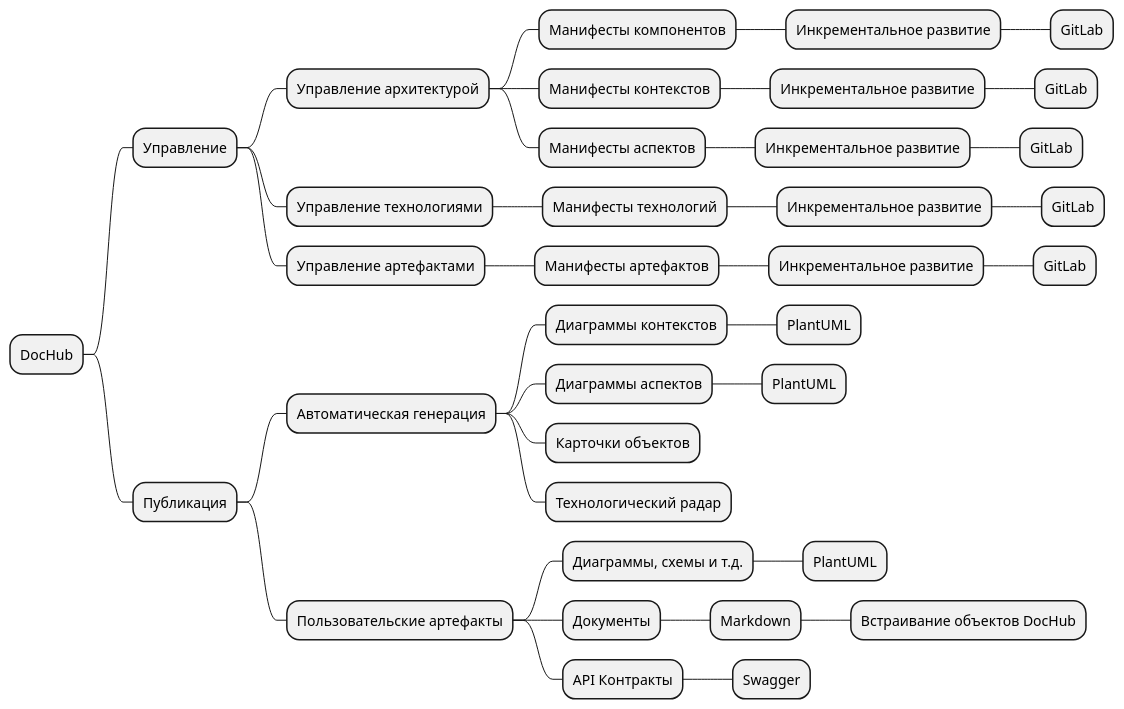
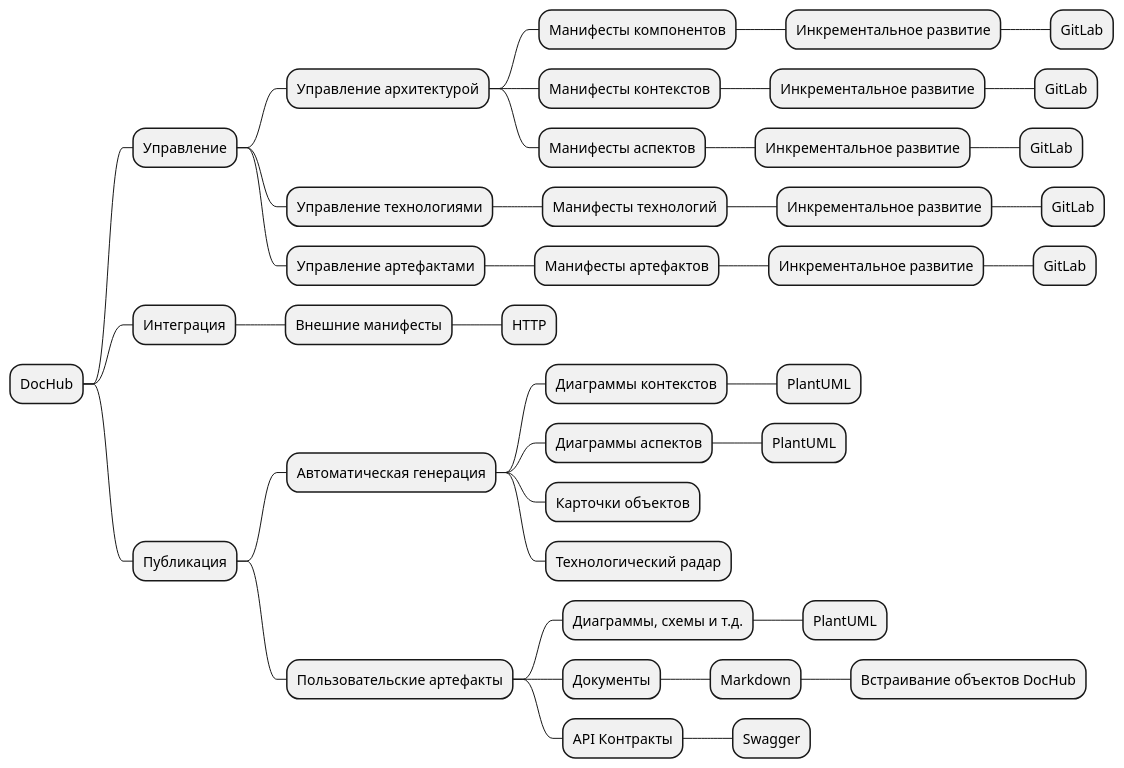
One commit to ypolosov/DocHub changed the diagram in public/docs/conception/mindmap.puml. Above: the diagram before and after it, drawn with PlantUML.

Commit message:
Развитие концепции

```diff
--- a/public/docs/conception/mindmap.puml
+++ b/public/docs/conception/mindmap.puml
@@ -1,38 +1,41 @@
 @startmindmap
 * DocHub
 ** Управление
 *** Управление архитектурой
 **** Манифесты компонентов
 ***** Инкрементальное развитие
 ****** GitLab
 **** Манифесты контекстов
 ***** Инкрементальное развитие
 ****** GitLab
 **** Манифесты аспектов
 ***** Инкрементальное развитие
 ****** GitLab
 *** Управление технологиями
 **** Манифесты технологий
 ***** Инкрементальное развитие
 ****** GitLab
 *** Управление артефактами
 **** Манифесты артефактов
 ***** Инкрементальное развитие
 ****** GitLab
+** Интеграция
+*** Внешние манифесты
+**** HTTP
 ** Публикация
 *** Автоматическая генерация
 **** Диаграммы контекстов
 ***** PlantUML
 **** Диаграммы аспектов
 ***** PlantUML
 **** Карточки объектов
 **** Технологический радар
 *** Пользовательские артефакты
 **** Диаграммы, схемы и т.д.
 ***** PlantUML
 **** Документы
 ***** Markdown
 ****** Встраивание объектов DocHub
 **** API Контракты
 ***** Swagger
 @endmindmap
```
